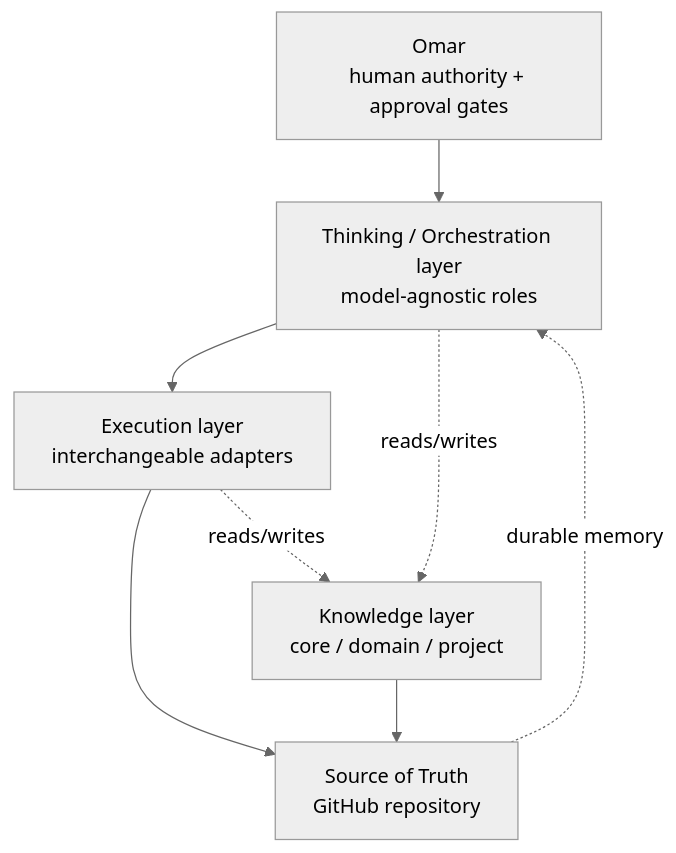
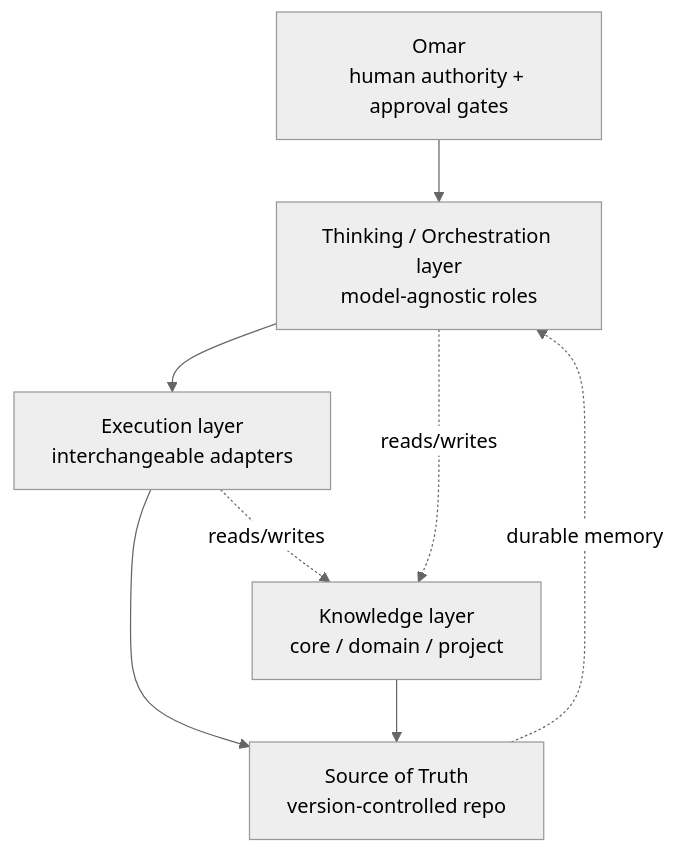
One commit to omar-hesham/omar_os changed the first of 3 diagrams in docs/ARCHITECTURE.md. Above: the diagram before and after it, drawn with Mermaid (neutral theme). The commit also changed other lines of this file and 14 other files, not shown here.

````diff
--- a/docs/ARCHITECTURE.md
+++ b/docs/ARCHITECTURE.md
@@ -21,16 +21,16 @@
 ```mermaid
 flowchart TB
     H[Omar<br/>human authority + approval gates]
     T[Thinking / Orchestration layer<br/>model-agnostic roles]
     E[Execution layer<br/>interchangeable adapters]
     K[Knowledge layer<br/>core / domain / project]
-    S[Source of Truth<br/>GitHub repository]
+    S[Source of Truth<br/>version-controlled repo]
 
     H --> T
     T --> E
     E --> S
     T -. reads/writes .-> K
     E -. reads/writes .-> K
     K --> S
     S -. durable memory .-> T
 ```
````
